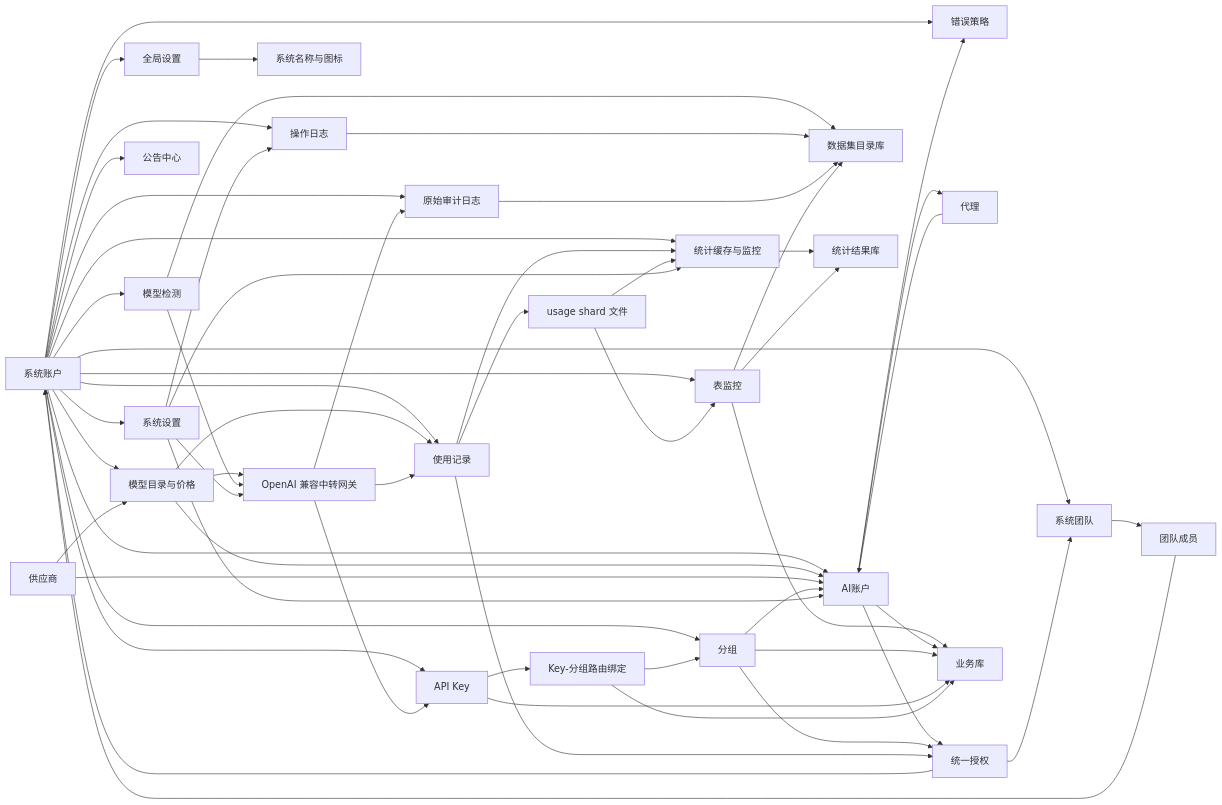
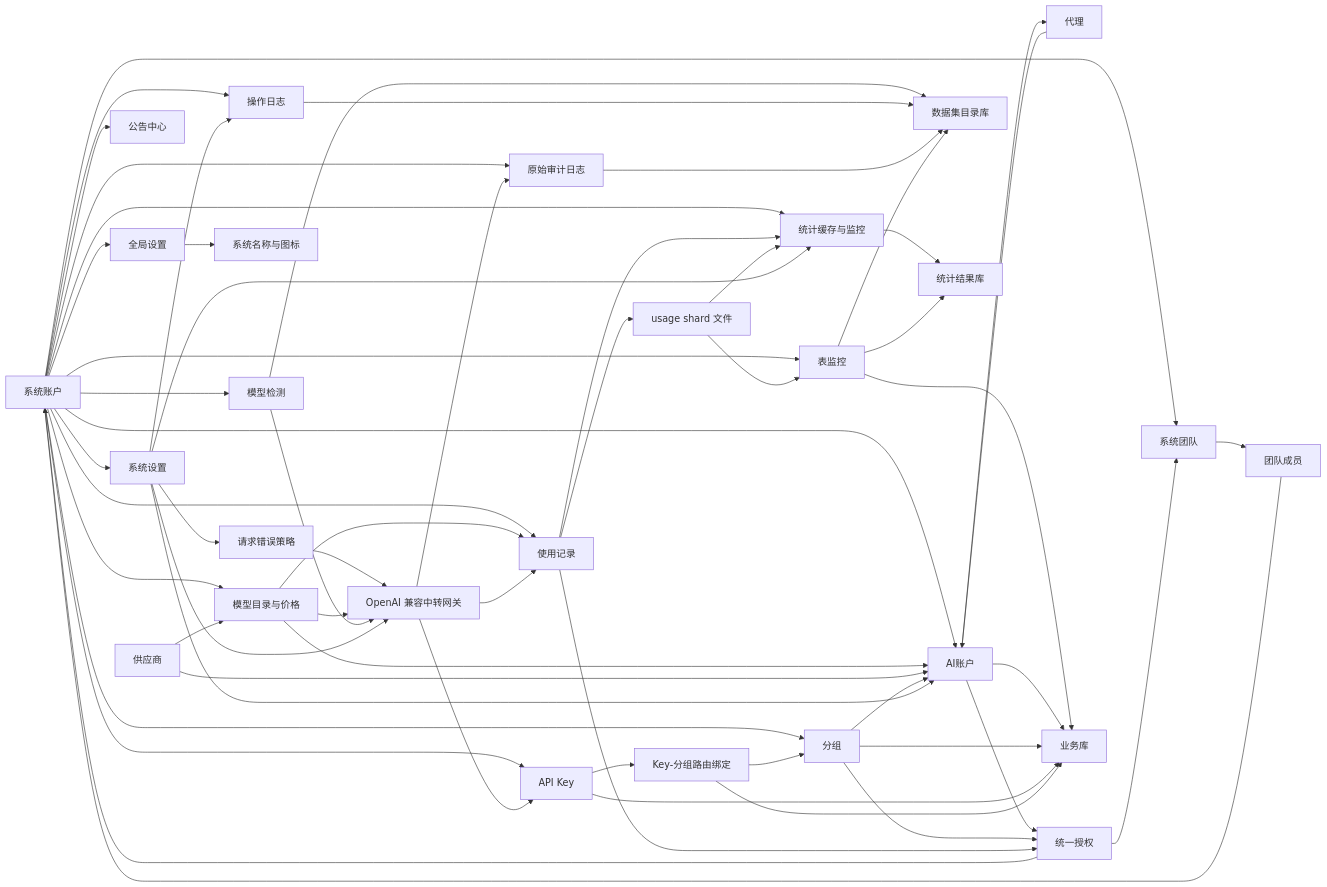
Before and after one commit to huanmin123/juhe-ai: the diagram in docs/architecture/架构总览.md, drawn with Mermaid. The commit also changed other lines of this file and 106 other files, not shown here.

````diff
--- a/docs/architecture/架构总览.md
+++ b/docs/architecture/架构总览.md
@@ -90,61 +92,61 @@
 ```mermaid
 flowchart LR
   SystemAccount["系统账户"] --> GlobalSettings["全局设置"]
   SystemAccount --> SystemSettings["系统设置"]
   SystemAccount --> SystemTeam["系统团队"]
   SystemTeam --> TeamMember["团队成员"]
   TeamMember --> SystemAccount
   SystemAccount --> AIAccount["AI账户"]
   SystemAccount --> Group["分组"]
   SystemAccount --> APIKey["API Key"]
   SystemAccount --> ModelCheck["模型检测"]
   SystemAccount --> Usage["使用记录"]
   SystemAccount --> OperationLog["操作日志"]
   SystemAccount --> AuditLog["原始审计日志"]
   SystemAccount --> Stats["统计缓存与监控"]
   SystemAccount --> TableMonitor["表监控"]
-  SystemAccount --> ErrorPolicy["错误策略"]
   SystemAccount --> Announcement["公告中心"]
   SystemAccount --> ModelCatalog["模型目录与价格"]
+  SystemSettings --> ErrorPolicy["请求错误策略"]
+  ErrorPolicy --> Gateway
   GlobalSettings --> AppBrand["系统名称与图标"]
   Provider["供应商"] --> ModelCatalog
   ModelCatalog --> AIAccount
   ModelCatalog --> Gateway
   ModelCatalog --> Usage
   Provider["供应商"] --> AIAccount
   Proxy["代理"] --> AIAccount
   AIAccount --> Proxy
-  AIAccount --> ErrorPolicy
   AIAccount --> ResourceAuthorization["统一授权"]
   Group --> ResourceAuthorization
   ResourceAuthorization --> SystemAccount
   ResourceAuthorization --> SystemTeam
   Group --> AIAccount
   APIKey --> APIKeyGroupBinding["Key-分组路由绑定"]
   APIKeyGroupBinding --> Group
   ModelCheck --> Gateway
   ModelCheck --> DatasetStore
   Gateway["OpenAI 兼容中转网关"] --> APIKey
   Gateway --> Usage["使用记录"]
   Gateway --> AuditLog
   Usage --> ResourceAuthorization
   Usage --> Stats["统计缓存与监控"]
   Usage --> UsageShard["usage shard 文件"]
   UsageShard --> Stats
   UsageShard --> TableMonitor
   DatasetStore["数据集目录库"]
   OperationLog --> DatasetStore
   AuditLog --> DatasetStore
   Stats --> StatsStore["统计结果库"]
   TableMonitor --> StatsStore
   TableMonitor --> BusinessStore
   TableMonitor --> DatasetStore
   AIAccount --> BusinessStore["业务库"]
   Group --> BusinessStore
   APIKey --> BusinessStore
   APIKeyGroupBinding --> BusinessStore
   SystemSettings --> Gateway
   SystemSettings --> OperationLog
   SystemSettings --> AIAccount
   SystemSettings --> Stats
 ```
````
